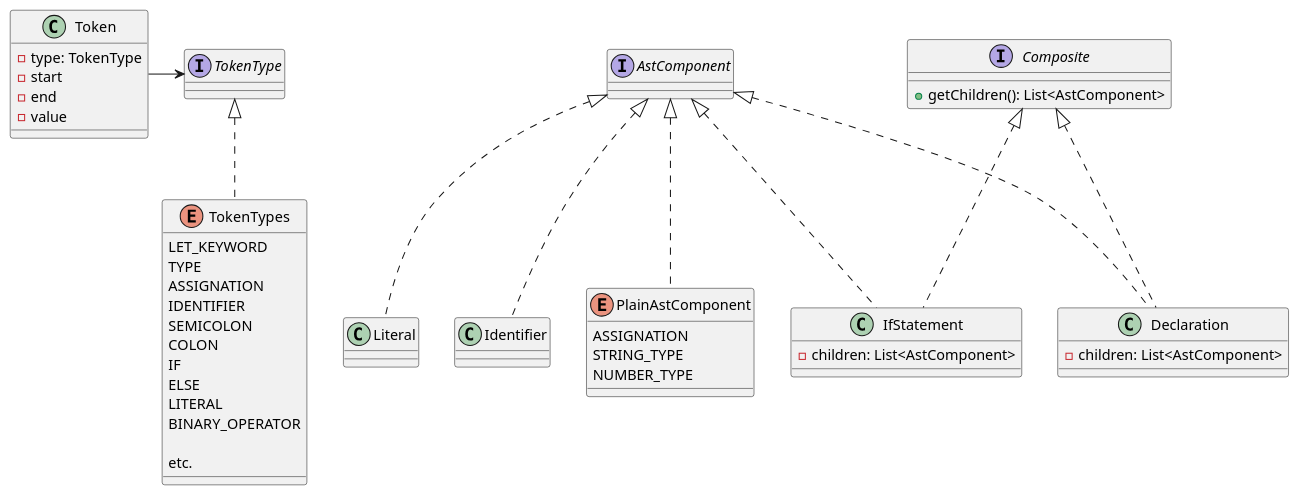
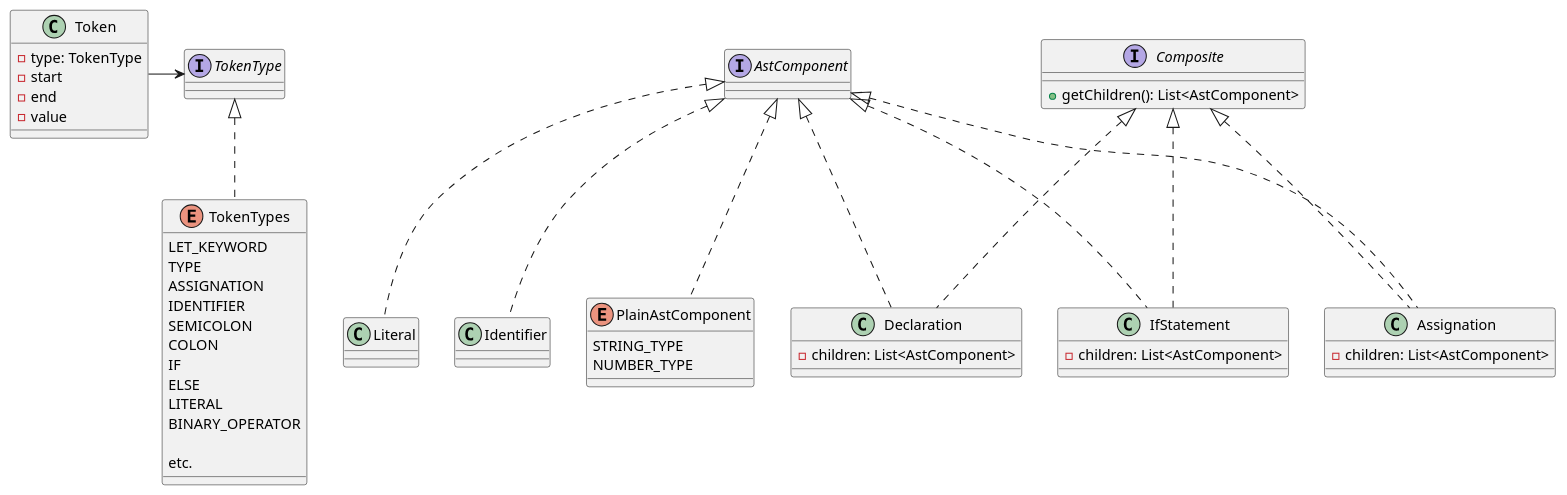
One commit to Al-Fajor/printscript changed the diagram in diagrams/models.puml. Above: the diagram before and after it, drawn with PlantUML. The commit also changed 1 other file, not shown here.

```diff
--- a/diagrams/models.puml
+++ b/diagrams/models.puml
@@ -1,118 +1,120 @@
 @startuml
 'interface Lexer {
 '+ lex(char[]): List<Token>
 '}
 'interface Parser
 'interface Interpreter {
 '}
 
 'class Runner
 
 'class Token {
 'TokenType type
 'Integer start
 'Integer end
 'String value
 '}
 
 'interface Token {
 'getStart(): Integer
 'getEnd(): Integer
 'getValue(): String
 '}
 '
 'class StringToken implements Token {
 '
 '}
 '
 'class NumberToken implements Token {
 '
 '}
 
 class Token {
 - type: TokenType
 - start
 - end
 - value
 }
 interface TokenType {
 }
 enum TokenTypes implements TokenType {
 LET_KEYWORD
 TYPE
 ASSIGNATION
 IDENTIFIER
 SEMICOLON
 COLON
 IF
 ELSE
 LITERAL
 BINARY_OPERATOR
 
 etc.
 }
 Token -> TokenType
 
 'class Ast {
 '    AstType type
 '    List<Ast> children
 '}
 '
 'Ast --> AstType
 '
 'interface AstType {
 '
 '}
 
 'enum AstTypes implements AstType {
 '    DECLARATION
 '    ASSIGNATION
 '    LITERAL
 '    VALUE
 '    STRING_TYPE
 '    NUMBER_TYPE
 '    IDENTIFIER
 '    IF_STATEMENT
 '    BINARY_EXPRESSION
 '    BLOCK_STATEMENT
 '
 '}
 
 'Ast *-> Ast
 
 'Runner --> Lexer
 'Runner --> Parser
 'Runner --> Interpreter
 
 'Ast *-> Token
 '
 'Lexer --> Token
 'Parser --> Token
 'Parser --> Ast
 'Interpreter --> Ast
 
 interface AstComponent {
 
 }
 
 class Literal implements AstComponent
 class Identifier implements AstComponent
 
 class Declaration implements AstComponent, Composite {
 - children: List<AstComponent>
 }
 class IfStatement implements AstComponent, Composite {
 - children: List<AstComponent>
 }
+class Assignation implements AstComponent, Composite {
+- children: List<AstComponent>
+}
 
 interface Composite {
 + getChildren(): List<AstComponent>
 }
 
 enum PlainAstComponent implements AstComponent {
-    ASSIGNATION
     STRING_TYPE
     NUMBER_TYPE
 }
 
 @enduml
```
